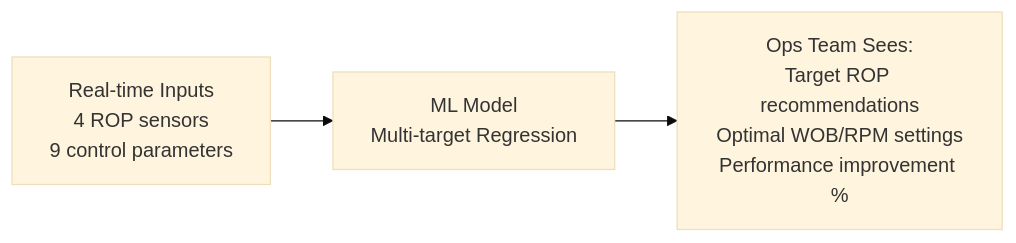
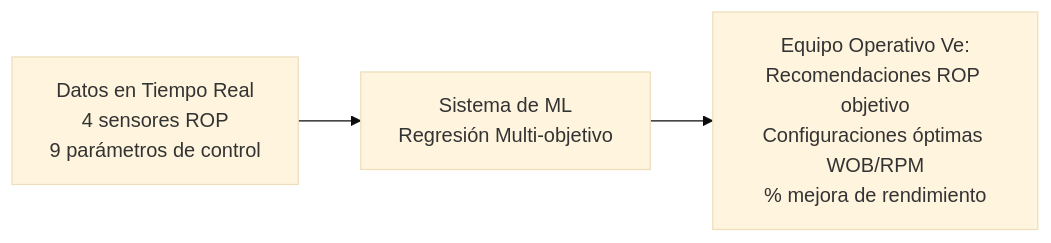
One commit to wonder-dmercadal/PublicReports changed the first of 13 diagrams in PAE_Report.md. Above: the diagram before and after it, drawn with Mermaid (base theme). The commit also changed other lines of this file, not shown here.

````diff
--- a/PAE_Report.md
+++ b/PAE_Report.md
@@ -23,5 +23,5 @@
 ```mermaid
 graph LR
-    A[Real-time Inputs<br/>4 ROP sensors<br/>9 control parameters] --> B[ML Model<br/>Multi-target Regression]
-    B --> C[Ops Team Sees:<br/>Target ROP recommendations<br/>Optimal WOB/RPM settings<br/>Performance improvement %]
+    A[Datos en Tiempo Real<br/>4 sensores ROP<br/>9 parámetros de control] --> B[Sistema de ML<br/>Regresión Multi-objetivo]
+    B --> C[Equipo Operativo Ve:<br/>Recomendaciones ROP objetivo<br/>Configuraciones óptimas WOB/RPM<br/>% mejora de rendimiento]
 ```
````
